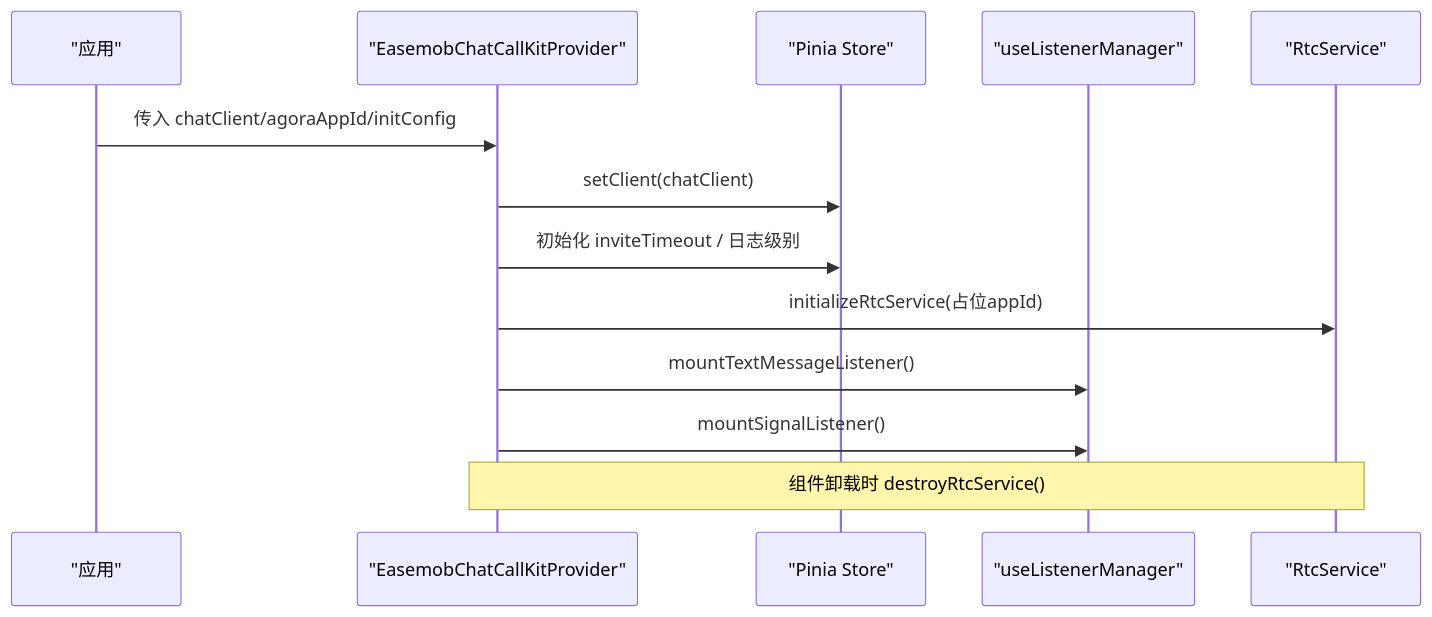
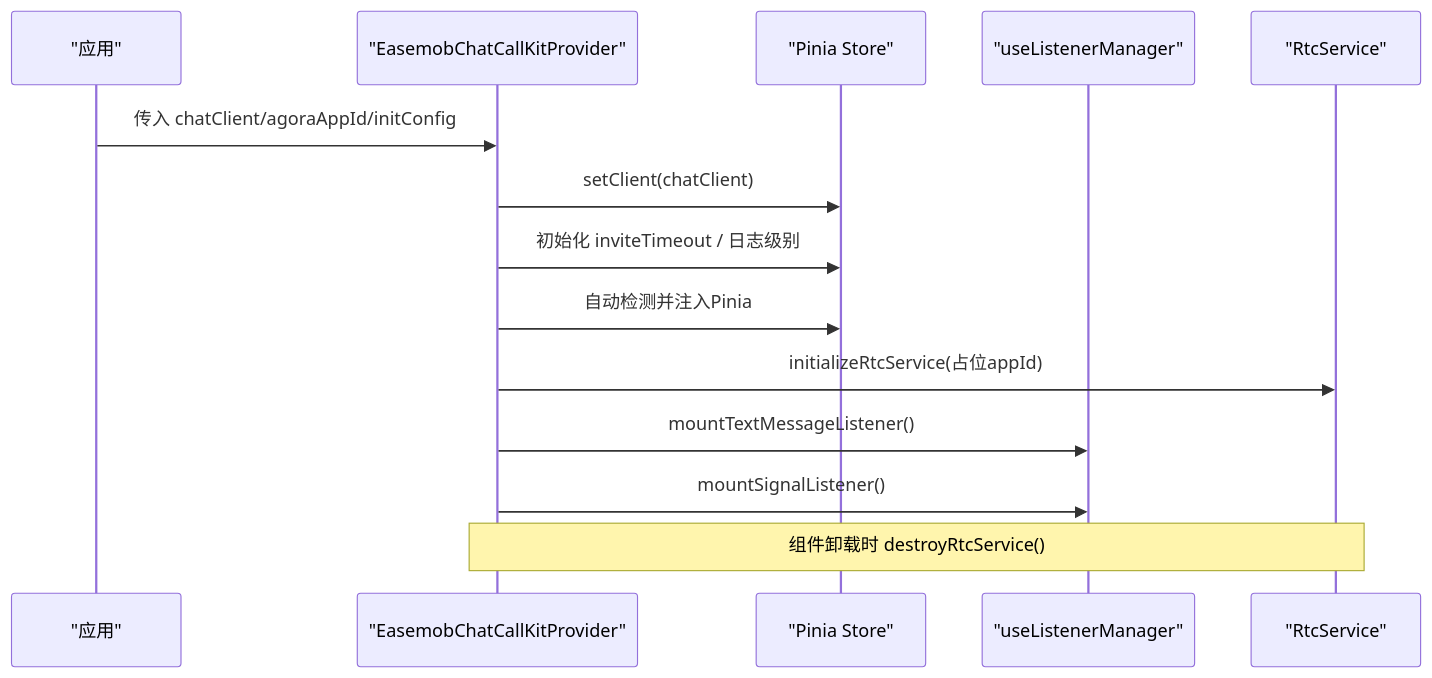
One commit to Easemob-Community/easemob-uikit-callkit-vue3 changed the third of 7 diagrams in .qoder/repowiki/zh/content/项目概述/技术架构.md. Above: the diagram before and after it, drawn with Mermaid. The commit also changed other lines of this file and 6 other files, not shown here.

````diff
--- a/.qoder/repowiki/zh/content/项目概述/技术架构.md
+++ b/.qoder/repowiki/zh/content/项目概述/技术架构.md
@@ -146,15 +165,16 @@
 ```mermaid
 sequenceDiagram
 participant App as "应用"
 participant Provider as "EasemobChatCallKitProvider"
 participant Store as "Pinia Store"
 participant Listener as "useListenerManager"
 participant RTC as "RtcService"
 App->>Provider : 传入 chatClient/agoraAppId/initConfig
 Provider->>Store : setClient(chatClient)
 Provider->>Store : 初始化 inviteTimeout / 日志级别
+Provider->>Store : 自动检测并注入Pinia
 Provider->>RTC : initializeRtcService(占位appId)
 Provider->>Listener : mountTextMessageListener()
 Provider->>Listener : mountSignalListener()
 Note over Provider,RTC : 组件卸载时 destroyRtcService()
 ```
````
